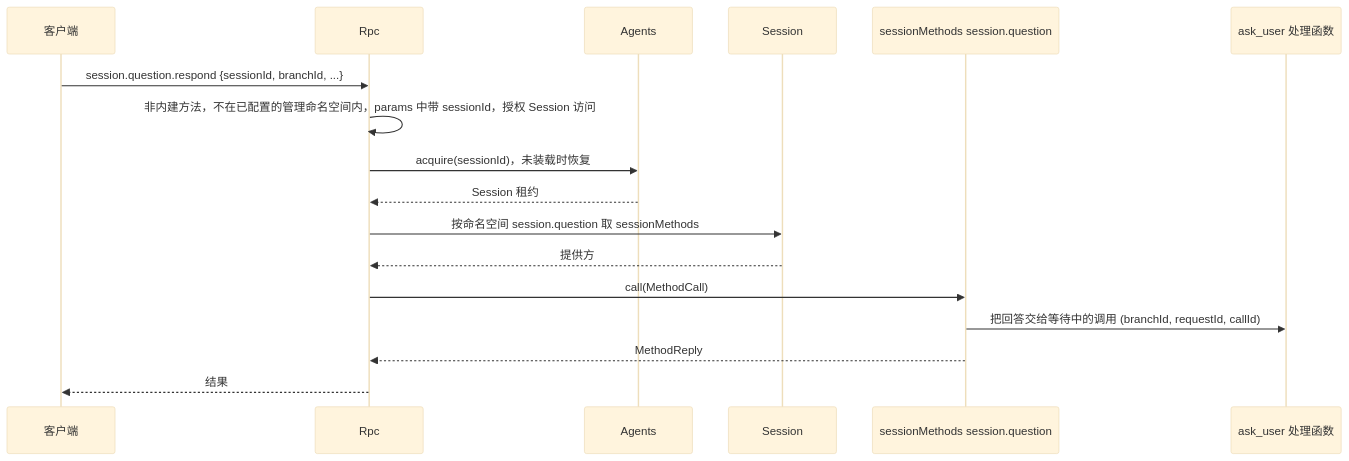
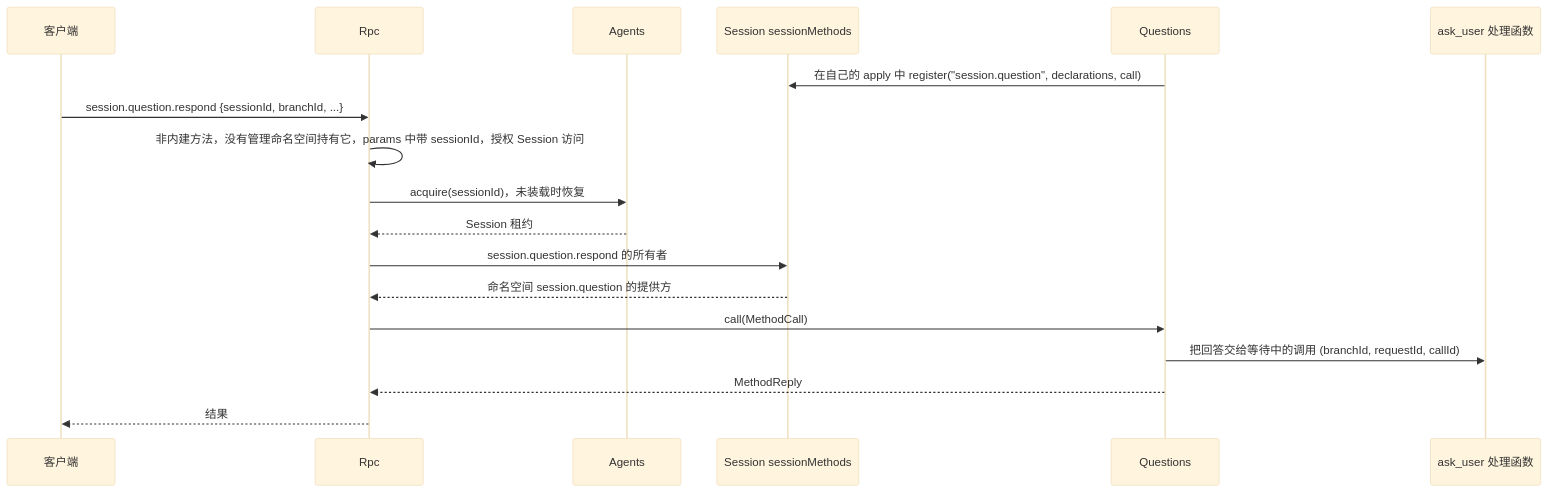
The second of 3 diagrams in docs/zh/design/contracts/session-boundary.md (CoutinhoTTS/dim-agent), drawn with Mermaid (base theme) before and after one commit. The commit also changed other lines of this file and 163 other files, not shown here.

````diff
--- a/docs/zh/design/contracts/session-boundary.md
+++ b/docs/zh/design/contracts/session-boundary.md
@@ -67,19 +71,20 @@
 ```mermaid
 sequenceDiagram
   participant CL as 客户端
   participant Rpc as Rpc
   participant AI as Agents
-  participant S as Session
-  participant Q as sessionMethods session.question
+  participant S as Session sessionMethods
+  participant Q as Questions
   participant H as ask_user 处理函数
+  Q->>S: 在自己的 apply 中 register("session.question", declarations, call)
   CL->>Rpc: session.question.respond {sessionId, branchId, ...}
-  Rpc->>Rpc: 非内建方法，不在已配置的管理命名空间内，params 中带 sessionId，授权 Session 访问
+  Rpc->>Rpc: 非内建方法，没有管理命名空间持有它，params 中带 sessionId，授权 Session 访问
   Rpc->>AI: acquire(sessionId)，未装载时恢复
   AI-->>Rpc: Session 租约
-  Rpc->>S: 按命名空间 session.question 取 sessionMethods
-  S-->>Rpc: 提供方
+  Rpc->>S: session.question.respond 的所有者
+  S-->>Rpc: 命名空间 session.question 的提供方
   Rpc->>Q: call(MethodCall)
   Q->>H: 把回答交给等待中的调用 (branchId, requestId, callId)
   Q-->>Rpc: MethodReply
   Rpc-->>CL: 结果
 ```
````
